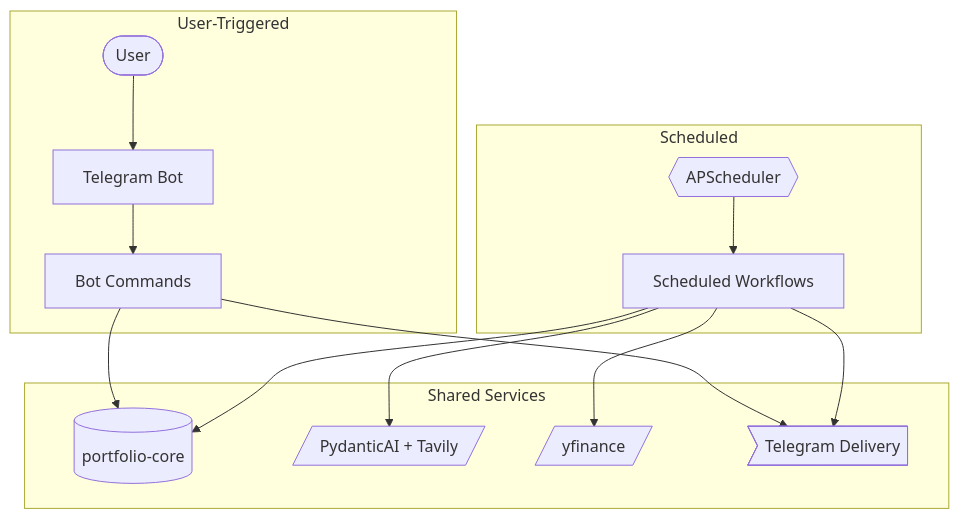
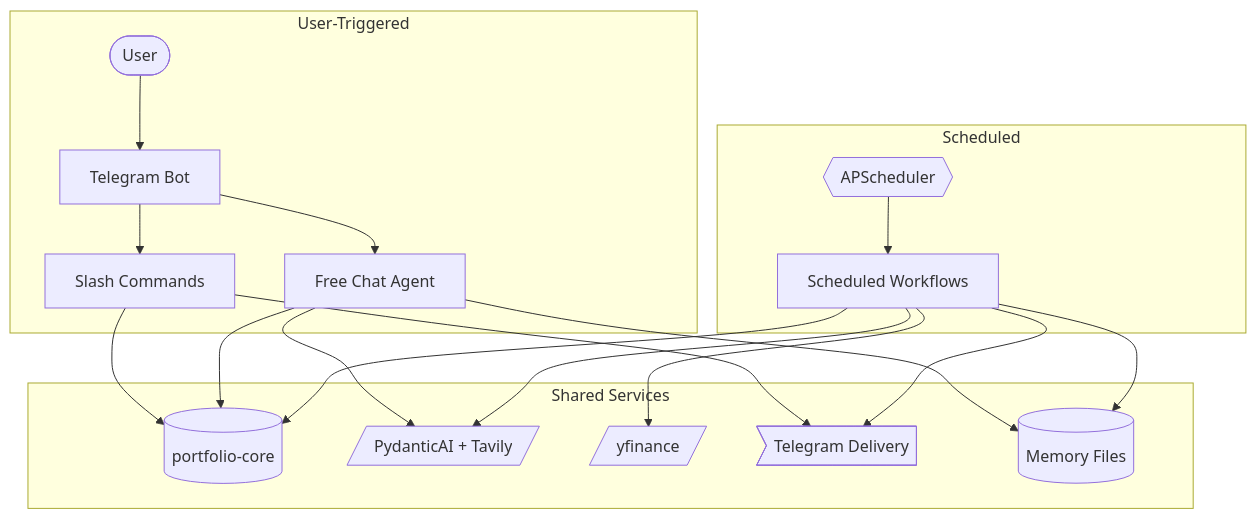
Before and after one commit to PuChenTW/portfolio-report: the diagram in README.md, drawn with Mermaid. The commit also changed other lines of this file and 2 other files, not shown here.

First line of the commit message:
docs: update README and AGENTS.md for enhanced free chat features

````diff
--- a/README.md
+++ b/README.md
@@ -18,25 +19,31 @@
 ```mermaid
 flowchart TD
   subgraph User-Triggered
     U([User]) --> B[Telegram Bot]
-    B --> H[Bot Commands]
+    B --> H[Slash Commands]
+    B --> FC[Free Chat Agent]
   end
 
   subgraph Scheduled
     S{{APScheduler}} --> W[Scheduled Workflows]
   end
 
   subgraph Shared Services
     PC[(portfolio-core)]
     AI[/PydanticAI + Tavily/]
     YF[/yfinance/]
     TG>Telegram Delivery]
+    M[(Memory Files)]
   end
 
   H --> PC
   H --> TG
+  FC --> PC
+  FC --> AI
+  FC --> M
   W --> PC
   W --> AI
   W --> YF
   W --> TG
+  W --> M
 ```
````
